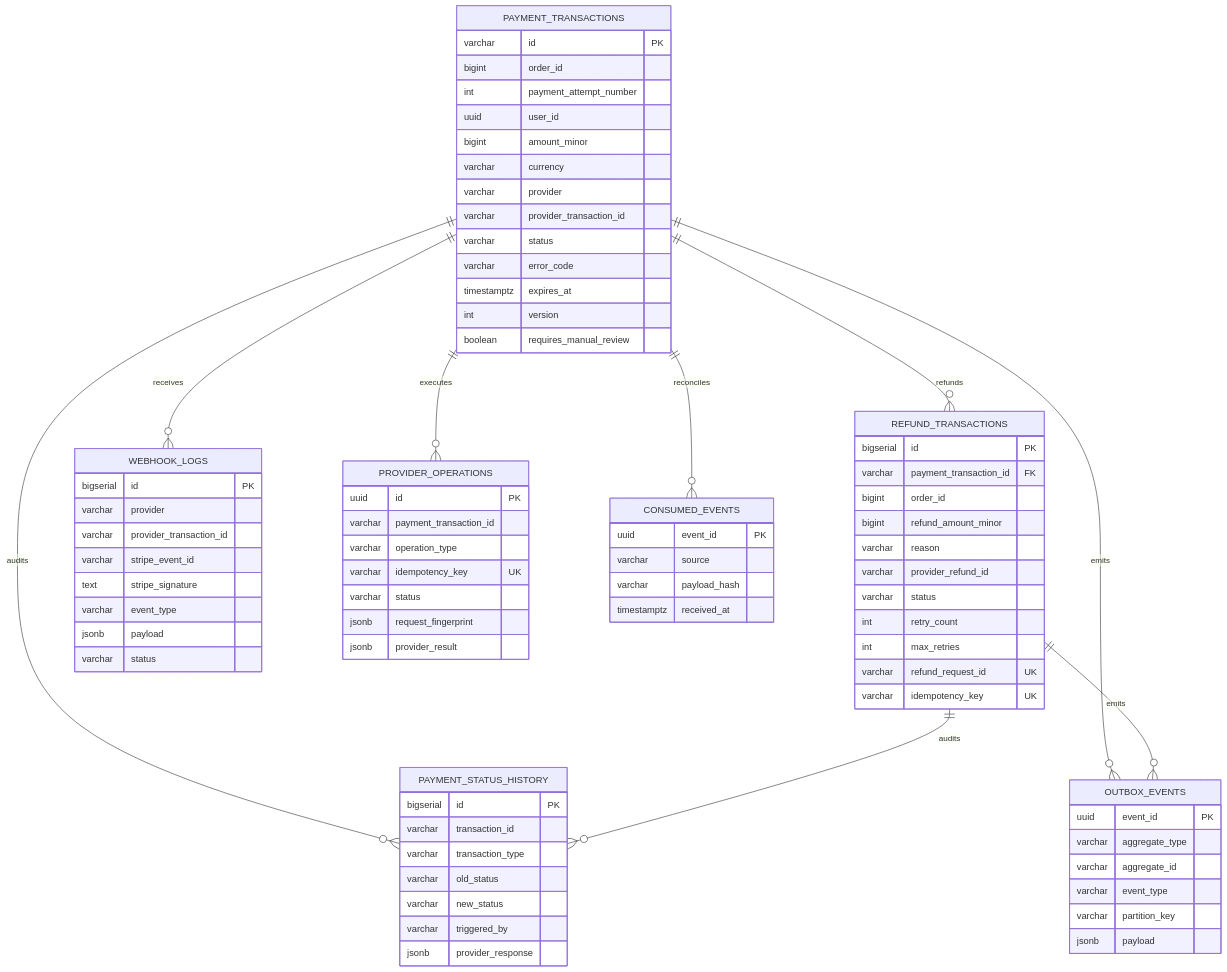
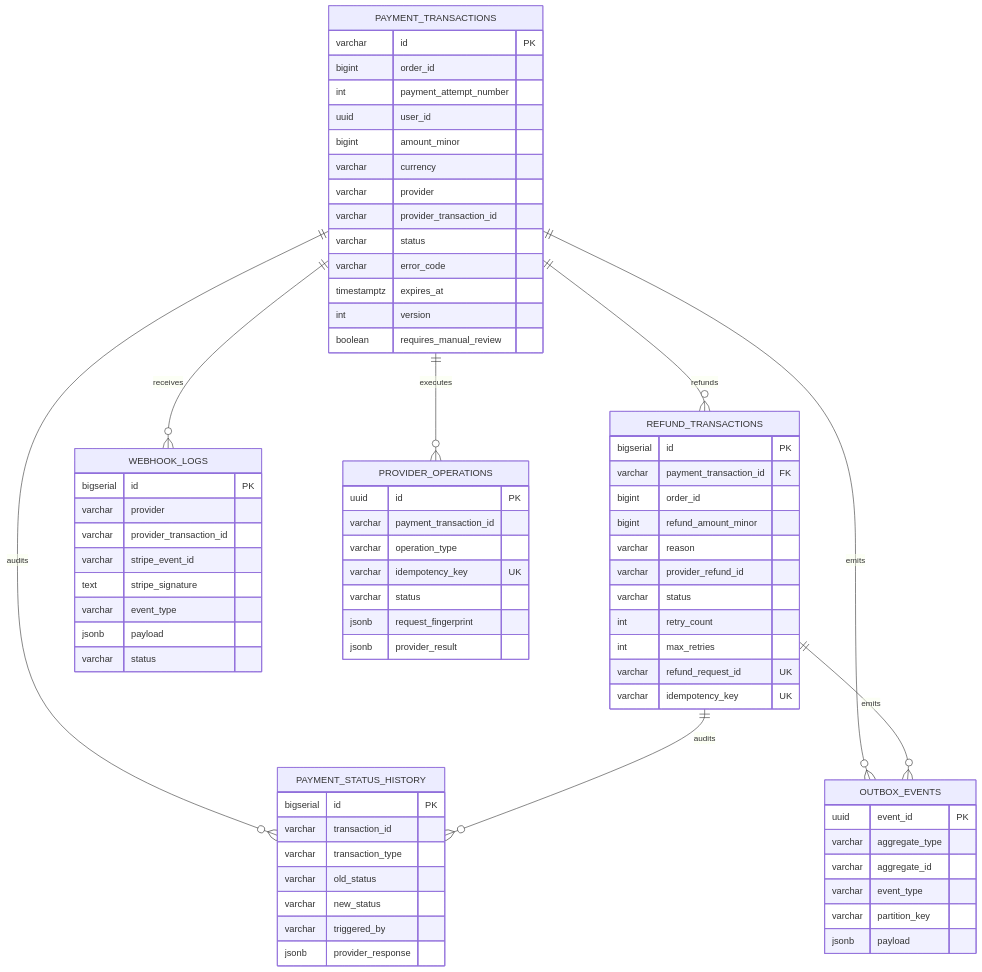
Before and after one commit to quangdung2110/e-commerce-microservices: the diagram in docs/payment/data.md, drawn with Mermaid. The commit also changed other lines of this file and 36 other files, not shown here.

````diff
--- a/docs/payment/data.md
+++ b/docs/payment/data.md
@@ -40,82 +39,75 @@
 ```mermaid
 erDiagram
     PAYMENT_TRANSACTIONS ||--o{ REFUND_TRANSACTIONS : refunds
     PAYMENT_TRANSACTIONS ||--o{ WEBHOOK_LOGS : receives
     PAYMENT_TRANSACTIONS ||--o{ PAYMENT_STATUS_HISTORY : audits
     REFUND_TRANSACTIONS ||--o{ PAYMENT_STATUS_HISTORY : audits
     PAYMENT_TRANSACTIONS ||--o{ OUTBOX_EVENTS : emits
     REFUND_TRANSACTIONS ||--o{ OUTBOX_EVENTS : emits
     PAYMENT_TRANSACTIONS ||--o{ PROVIDER_OPERATIONS : executes
-    PAYMENT_TRANSACTIONS ||--o{ CONSUMED_EVENTS : reconciles
 
     PAYMENT_TRANSACTIONS {
       varchar id PK
       bigint order_id
       int payment_attempt_number
       uuid user_id
       bigint amount_minor
       varchar currency
       varchar provider
       varchar provider_transaction_id
       varchar status
       varchar error_code
       timestamptz expires_at
       int version
       boolean requires_manual_review
     }
     REFUND_TRANSACTIONS {
       bigserial id PK
       varchar payment_transaction_id FK
       bigint order_id
       bigint refund_amount_minor
       varchar reason
       varchar provider_refund_id
       varchar status
       int retry_count
       int max_retries
       varchar refund_request_id UK
       varchar idempotency_key UK
     }
     WEBHOOK_LOGS {
       bigserial id PK
       varchar provider
       varchar provider_transaction_id
       varchar stripe_event_id
       text stripe_signature
       varchar event_type
       jsonb payload
       varchar status
     }
     PAYMENT_STATUS_HISTORY {
       bigserial id PK
       varchar transaction_id
       varchar transaction_type
       varchar old_status
       varchar new_status
       varchar triggered_by
       jsonb provider_response
     }
     OUTBOX_EVENTS {
       uuid event_id PK
       varchar aggregate_type
       varchar aggregate_id
       varchar event_type
       varchar partition_key
       jsonb payload
     }
     PROVIDER_OPERATIONS {
       uuid id PK
       varchar payment_transaction_id
       varchar operation_type
       varchar idempotency_key UK
       varchar status
       jsonb request_fingerprint
       jsonb provider_result
     }
-    CONSUMED_EVENTS {
-      uuid event_id PK
-      varchar source
-      varchar payload_hash
-      timestamptz received_at
-    }
 ```
````
